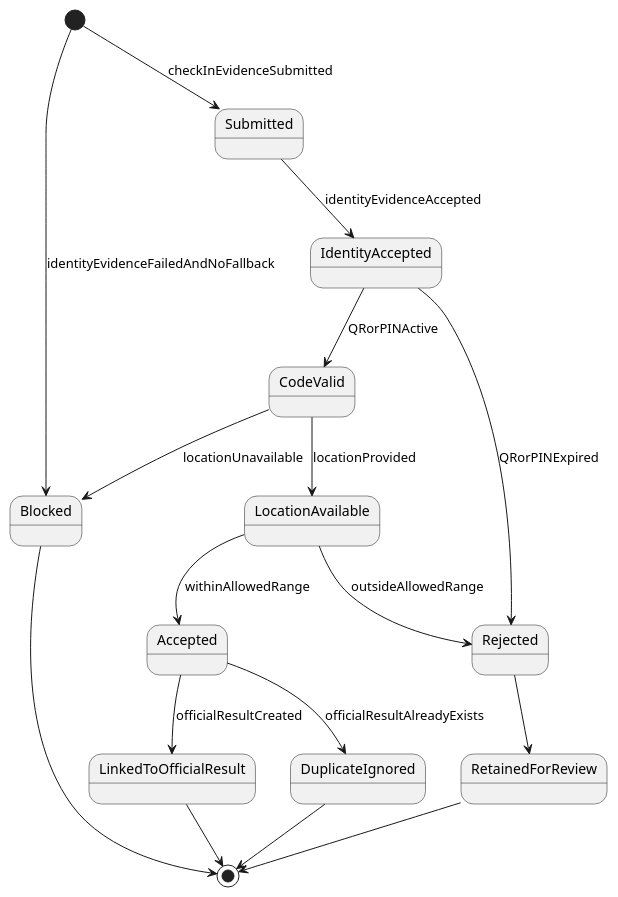
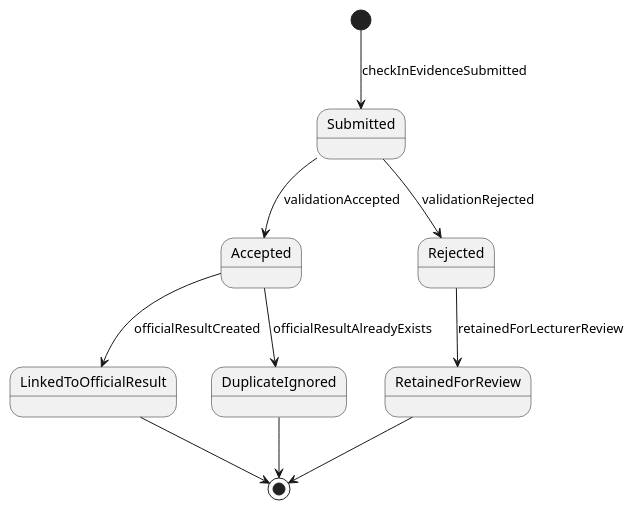
Before and after one commit to nttung42/SWD392: diagram 28 of 29 in docs/sds/2_Analysis.md, drawn with PlantUML. The commit also changed other lines of this file and 5 other files, not shown here.

````diff
--- a/docs/sds/2_Analysis.md
+++ b/docs/sds/2_Analysis.md
@@ -1296,20 +1350,13 @@
 ```plantuml
 @startuml
-[*] --> Blocked : identityEvidenceFailedAndNoFallback
 [*] --> Submitted : checkInEvidenceSubmitted
-Submitted --> IdentityAccepted : identityEvidenceAccepted
-IdentityAccepted --> CodeValid : QRorPINActive
-IdentityAccepted --> Rejected : QRorPINExpired
-CodeValid --> LocationAvailable : locationProvided
-CodeValid --> Blocked : locationUnavailable
-LocationAvailable --> Rejected : outsideAllowedRange
-LocationAvailable --> Accepted : withinAllowedRange
+Submitted --> Accepted : validationAccepted
+Submitted --> Rejected : validationRejected
 Accepted --> LinkedToOfficialResult : officialResultCreated
 Accepted --> DuplicateIgnored : officialResultAlreadyExists
-Rejected --> RetainedForReview
-Blocked --> [*]
+Rejected --> RetainedForReview : retainedForLecturerReview
 LinkedToOfficialResult --> [*]
 DuplicateIgnored --> [*]
 RetainedForReview --> [*]
 @enduml
 ```
````
